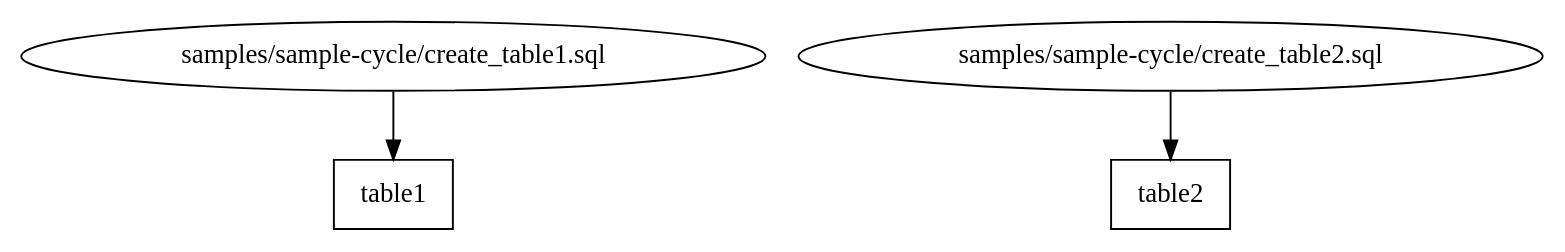
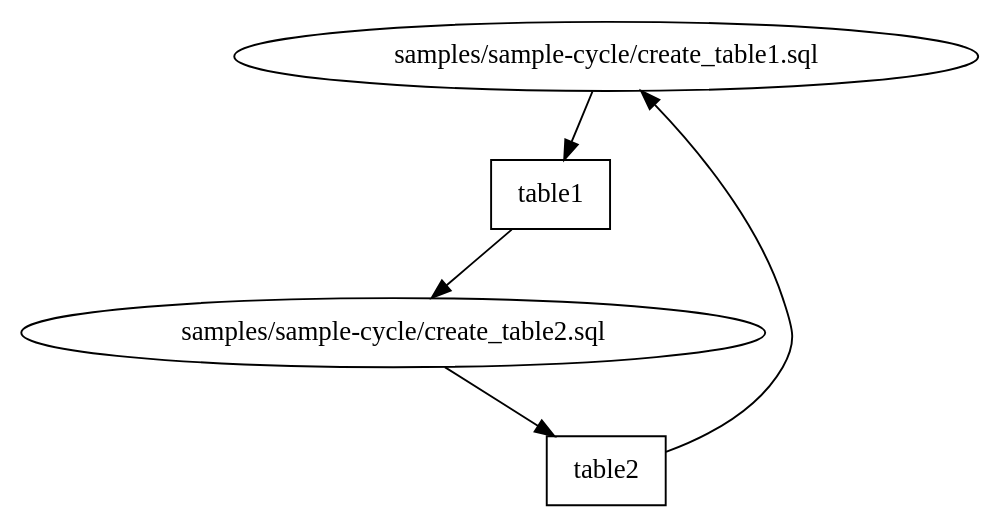
Before and after one commit to Matts966/alphasql: the diagram in samples/sample-cycle/side_effect_first_with_tables/dag.dot, drawn with Graphviz. The commit also changed 20 other files, not shown here.

```diff
--- a/samples/sample-cycle/side_effect_first_with_tables/dag.dot
+++ b/samples/sample-cycle/side_effect_first_with_tables/dag.dot
@@ -1,8 +1,10 @@
 digraph G {
 0 [label="samples/sample-cycle/create_table1.sql", shape="", type=query];
 1 [label="samples/sample-cycle/create_table2.sql", shape="", type=query];
 2 [label=table1, shape=box, type=table];
 3 [label=table2, shape=box, type=table];
 0->2 ;
 1->3 ;
+2->1 ;
+3->0 ;
 }
```
